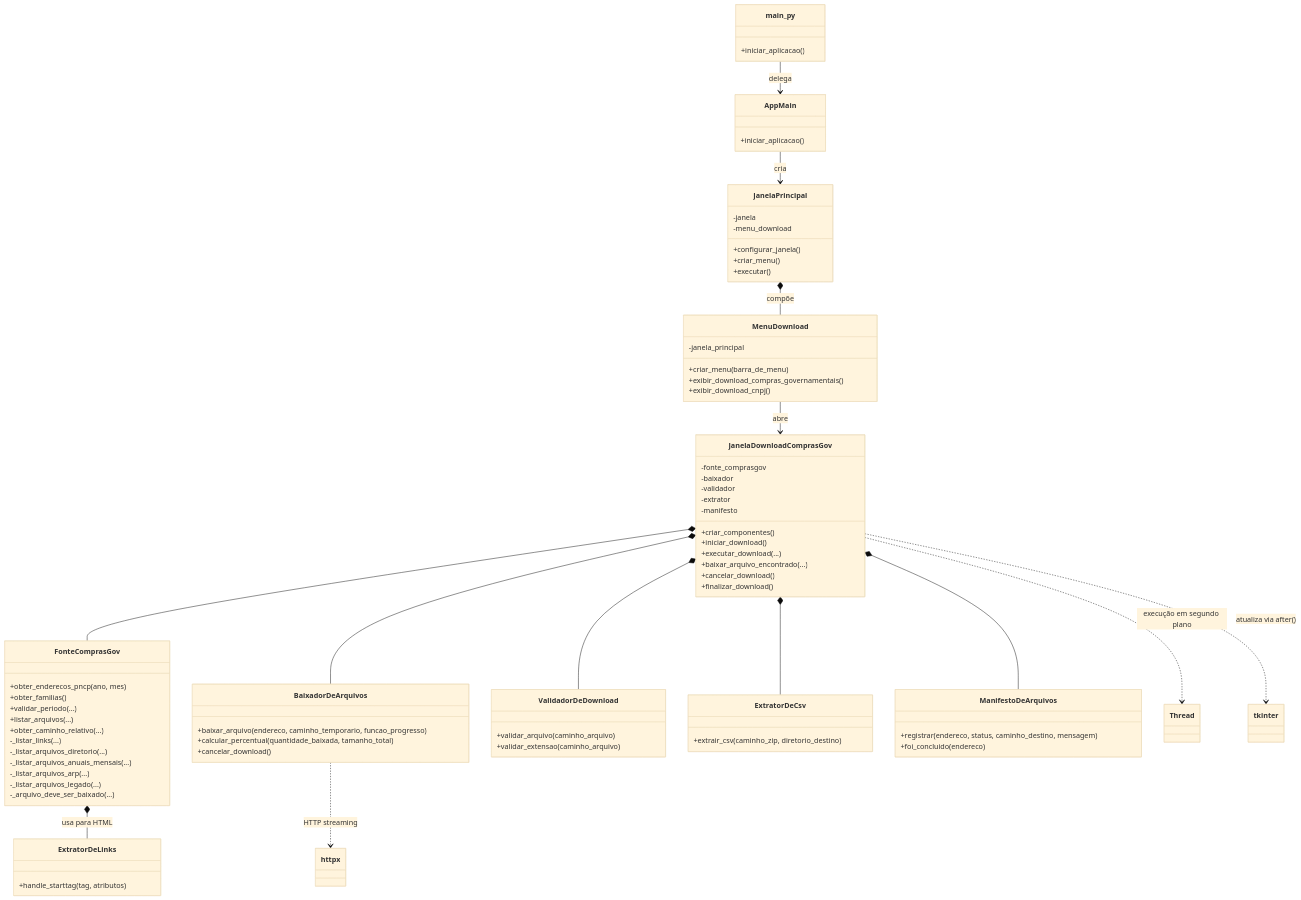
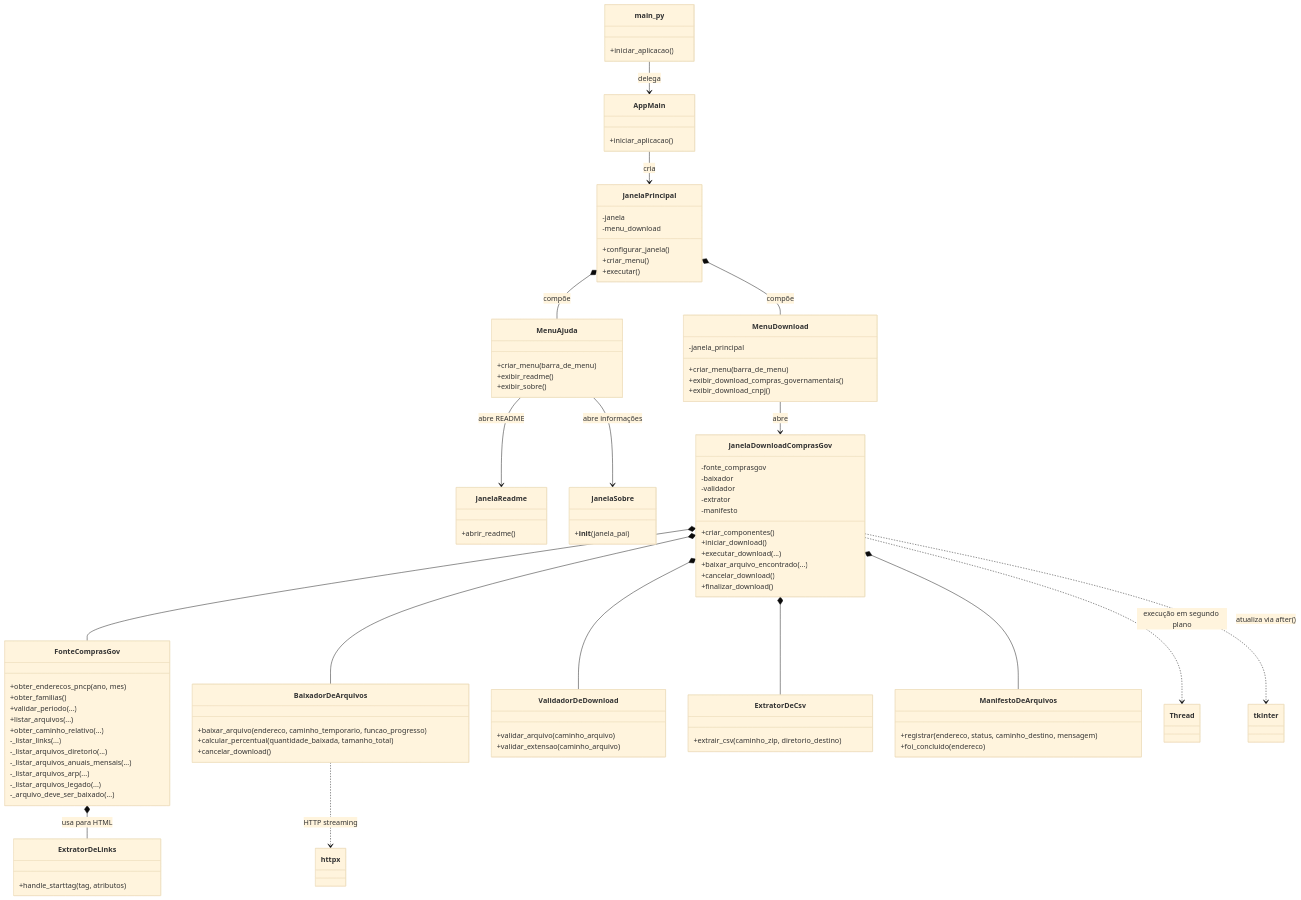
Before and after one commit to marciowelb/RadarDasLicitacoes: the first of 2 diagrams in README.md, drawn with Mermaid (base theme). The commit also changed other lines of this file and 4 other files, not shown here.

Commit message:
Implementação de icones na janela principal, melhoria na definição de periodo de download

```diff
--- a/README.md
+++ b/README.md
@@ -84,6 +93,17 @@
         +criar_menu(barra_de_menu)
         +exibir_download_compras_governamentais()
         +exibir_download_cnpj()
+    }
+    class MenuAjuda {
+        +criar_menu(barra_de_menu)
+        +exibir_readme()
+        +exibir_sobre()
+    }
+    class JanelaReadme {
+        +abrir_readme()
+    }
+    class JanelaSobre {
+        +__init__(janela_pai)
     }
     class JanelaDownloadComprasGov {
         -fonte_comprasgov
@@ -134,7 +154,10 @@
     main_py --> AppMain : delega
     AppMain --> JanelaPrincipal : cria
     JanelaPrincipal *-- MenuDownload : compõe
+    JanelaPrincipal *-- MenuAjuda : compõe
     MenuDownload --> JanelaDownloadComprasGov : abre
+    MenuAjuda --> JanelaReadme : abre README
+    MenuAjuda --> JanelaSobre : abre informações
     JanelaDownloadComprasGov *-- FonteComprasGov
     JanelaDownloadComprasGov *-- BaixadorDeArquivos
     JanelaDownloadComprasGov *-- ValidadorDeDownload
```
